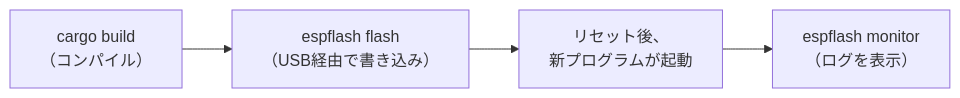
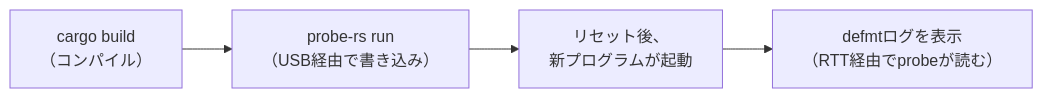
One commit to TomiXRM/embassy-esp32-c6 changed the diagram in site/src/content/docs/part01/09-flash-monitor.md. Above: the diagram before and after it, drawn with Mermaid. The commit also changed other lines of this file and 84 other files, not shown here.

First line of the commit message:
書き込み・ログ基盤を espflash から probe-rs + defmt(RTT) へ移行（espflashはfeatureで存置）

````diff
--- a/site/src/content/docs/part01/09-flash-monitor.md
+++ b/site/src/content/docs/part01/09-flash-monitor.md
@@ -40,6 +42,6 @@
 ```mermaid
 graph LR
-  A["cargo build<br>（コンパイル）"] --> B["espflash flash<br>（USB経由で書き込み）"]
+  A["cargo build<br>（コンパイル）"] --> B["probe-rs run<br>（USB経由で書き込み）"]
   B --> C["リセット後、<br>新プログラムが起動"]
-  C --> D["espflash monitor<br>（ログを表示）"]
+  C --> D["defmtログを表示<br>（RTT経由でprobeが読む）"]
 ```
````
